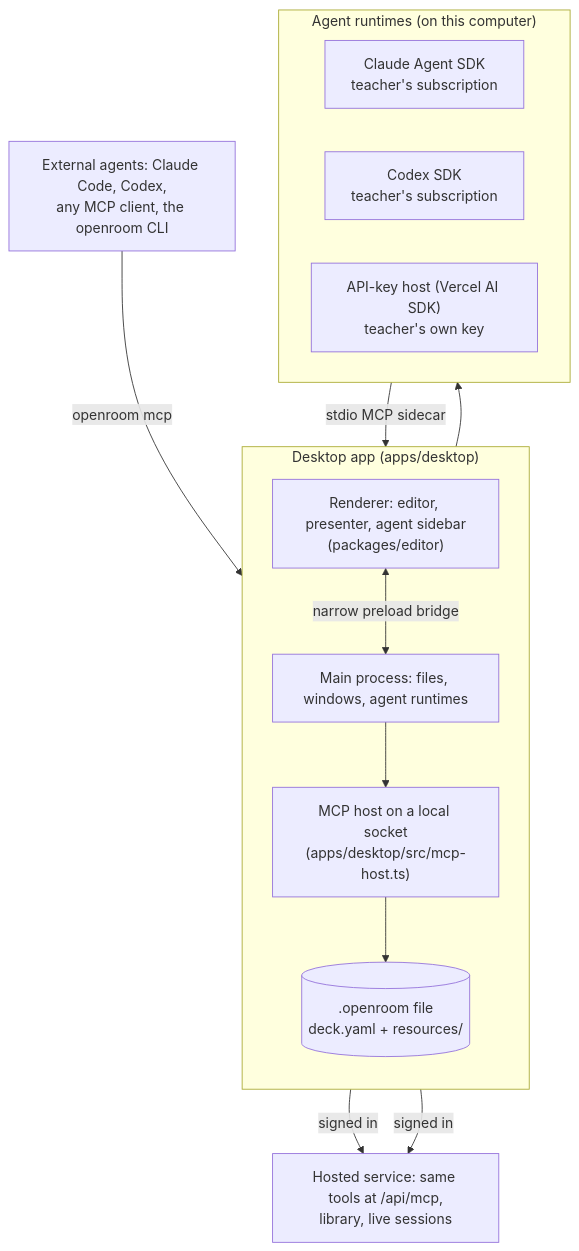
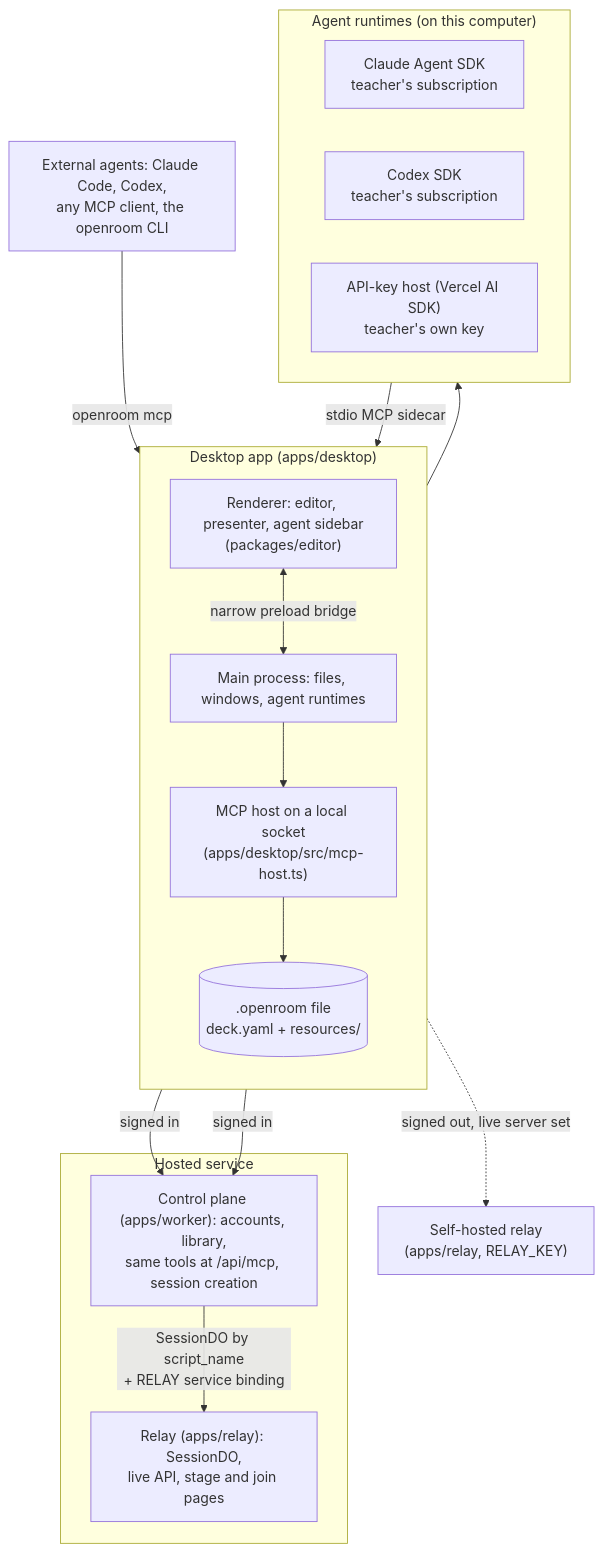
One commit to wisdomousai/openroom changed the first of 5 diagrams in docs/ARCHITECTURE.md. Above: the diagram before and after it, drawn with Mermaid. The commit also changed other lines of this file and 5 other files, not shown here.

First line of the commit message:
docs: describe the relay, its API, the Desktop live server and the two-Worker deploy

````diff
--- a/docs/ARCHITECTURE.md
+++ b/docs/ARCHITECTURE.md
@@ -24,23 +25,29 @@
 ```mermaid
 flowchart TB
   subgraph Desktop["Desktop app (apps/desktop)"]
     direction TB
     R["Renderer: editor, presenter, agent sidebar<br/>(packages/editor)"]
     M["Main process: files, windows, agent runtimes"]
     S["MCP host on a local socket<br/>(apps/desktop/src/mcp-host.ts)"]
     F[(".openroom file<br/>deck.yaml + resources/")]
     R <-->|narrow preload bridge| M
     M --> S
     S --> F
   end
   subgraph Agents["Agent runtimes (on this computer)"]
     C1["Claude Agent SDK<br/>teacher's subscription"]
     C2["Codex SDK<br/>teacher's subscription"]
     C3["API-key host (Vercel AI SDK)<br/>teacher's own key"]
   end
   M --> Agents
   Agents -->|stdio MCP sidecar| S
   X["External agents: Claude Code, Codex,<br/>any MCP client, the openroom CLI"] -->|openroom mcp| S
-  S -->|signed in| W["Hosted service: same tools at /api/mcp,<br/>library, live sessions"]
+  subgraph Hosted["Hosted service"]
+    W["Control plane (apps/worker): accounts, library,<br/>same tools at /api/mcp, session creation"]
+    RL["Relay (apps/relay): SessionDO,<br/>live API, stage and join pages"]
+    W -->|SessionDO by script_name<br/>+ RELAY service binding| RL
+  end
+  S -->|signed in| W
   R -->|signed in| W
+  R -.->|signed out, live server set| SR["Self-hosted relay<br/>(apps/relay, RELAY_KEY)"]
 ```
````
